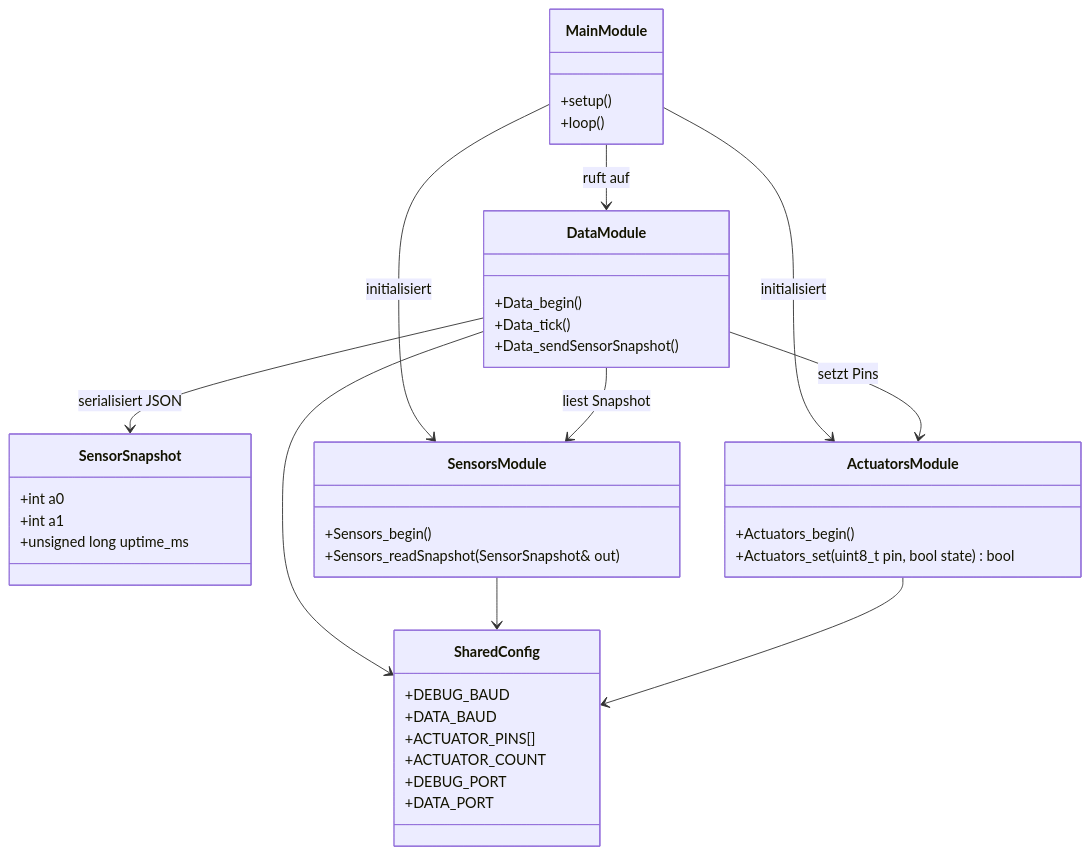
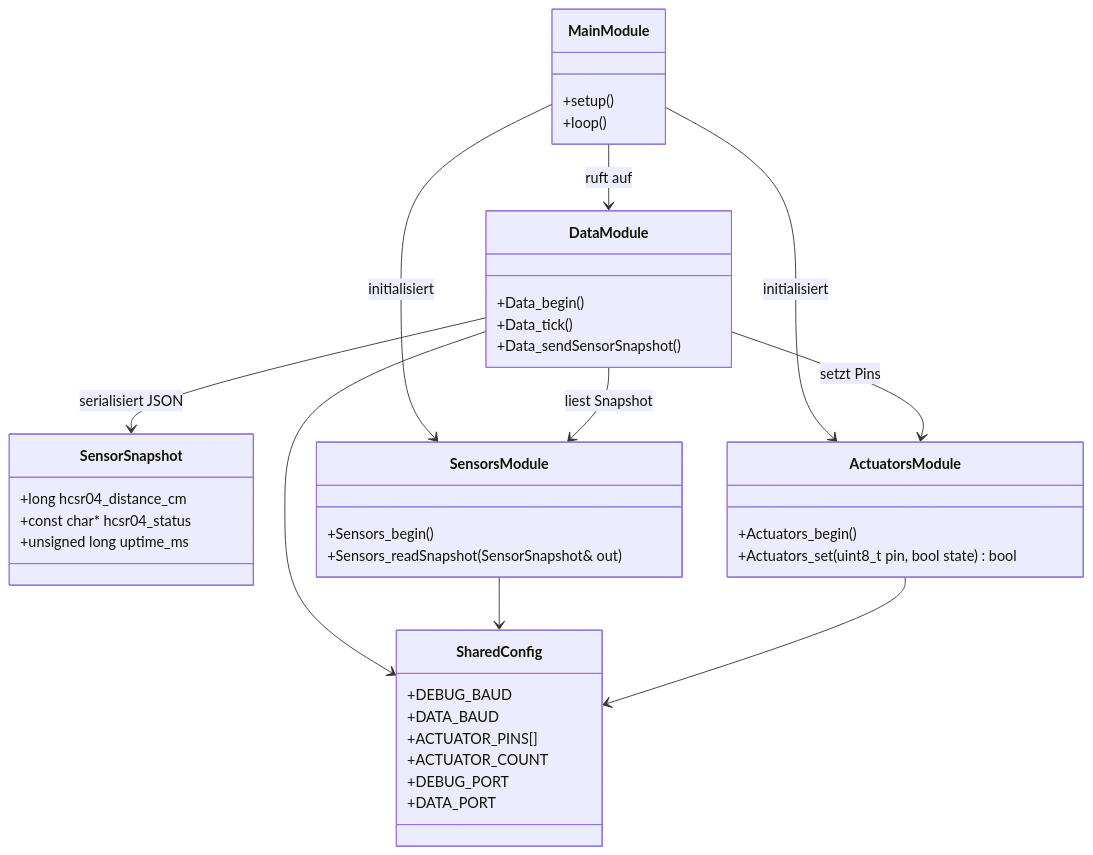
One commit to HerrnDK/Projekt changed the second of 4 diagrams in nodered/flows/FLOW_ARCHITEKTUR_PLAN.md. Above: the diagram before and after it, drawn with Mermaid. The commit also changed other lines of this file and 9 other files, not shown here.

````diff
--- a/nodered/flows/FLOW_ARCHITEKTUR_PLAN.md
+++ b/nodered/flows/FLOW_ARCHITEKTUR_PLAN.md
@@ -38,48 +38,48 @@
 ```mermaid
 classDiagram
   class SensorSnapshot {
-    +int a0
-    +int a1
+    +long hcsr04_distance_cm
+    +const char* hcsr04_status
     +unsigned long uptime_ms
   }
 
   class MainModule {
     +setup()
     +loop()
   }
 
   class DataModule {
     +Data_begin()
     +Data_tick()
     +Data_sendSensorSnapshot()
   }
 
   class SensorsModule {
     +Sensors_begin()
     +Sensors_readSnapshot(SensorSnapshot& out)
   }
 
   class ActuatorsModule {
     +Actuators_begin()
     +Actuators_set(uint8_t pin, bool state) bool
   }
 
   class SharedConfig {
     +DEBUG_BAUD
     +DATA_BAUD
     +ACTUATOR_PINS[]
     +ACTUATOR_COUNT
     +DEBUG_PORT
     +DATA_PORT
   }
 
   MainModule --> DataModule : ruft auf
   MainModule --> SensorsModule : initialisiert
   MainModule --> ActuatorsModule : initialisiert
   DataModule --> SensorsModule : liest Snapshot
   DataModule --> ActuatorsModule : setzt Pins
   DataModule --> SensorSnapshot : serialisiert JSON
   DataModule --> SharedConfig
   SensorsModule --> SharedConfig
   ActuatorsModule --> SharedConfig
 ```
````
